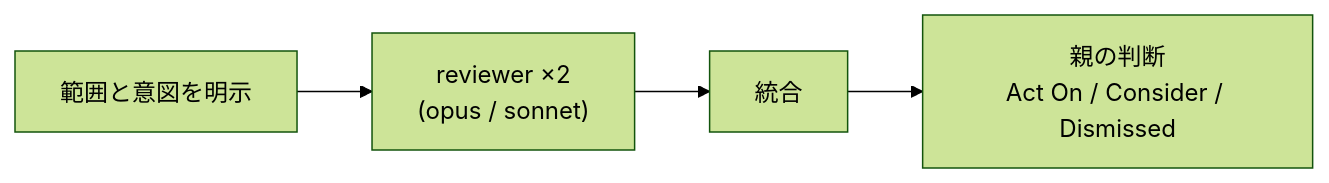
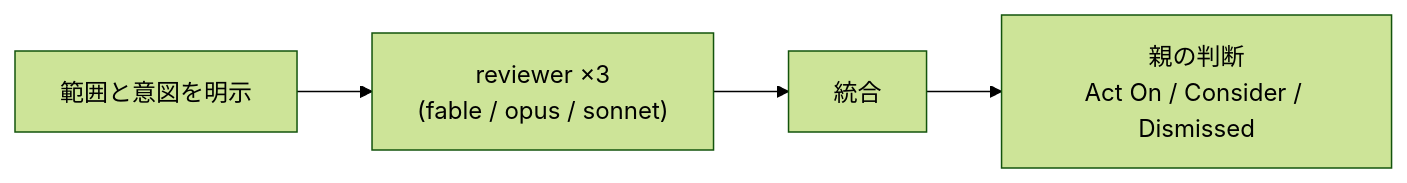
Before and after one commit to souljazzfunk/lab: the seventh of 12 diagrams in pstack-cc/docs/skill-map.ja.md, drawn with Mermaid (forest theme). The commit also changed other lines of this file and 116 other files, not shown here.

````diff
--- a/pstack-cc/docs/skill-map.ja.md
+++ b/pstack-cc/docs/skill-map.ja.md
@@ -157,6 +149,6 @@
 ```mermaid
 flowchart LR
-  A[範囲と意図を明示] --> B["reviewer ×2<br/>(opus / sonnet)"]
+  A[範囲と意図を明示] --> B["reviewer ×3<br/>(fable / opus / sonnet)"]
   B --> C[統合]
   C --> D["親の判断<br/>Act On / Consider / Dismissed"]
 ```
````
